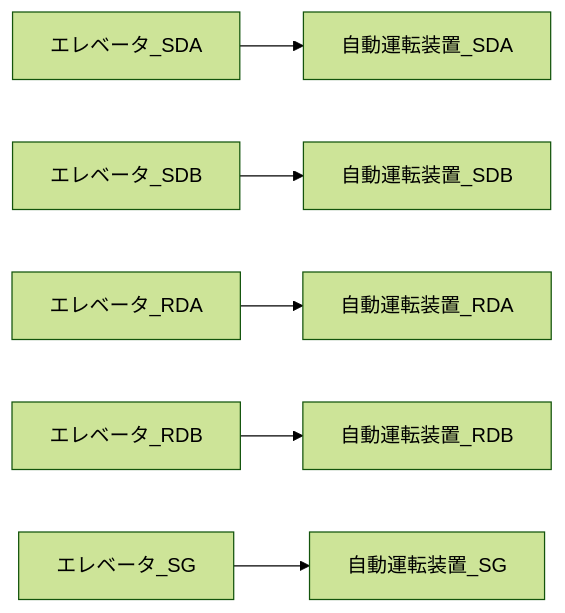
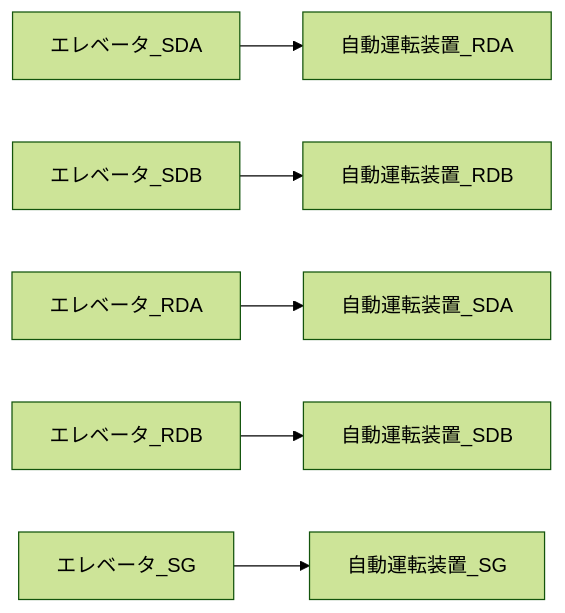
One commit to isec-promotion/elevator-simulator changed the third of 6 diagrams in SEC-3000H構成資料.md. Above: the diagram before and after it, drawn with Mermaid (forest theme). The commit also changed 13 other files, not shown here.

````diff
--- a/SEC-3000H構成資料.md
+++ b/SEC-3000H構成資料.md
@@ -81,8 +81,8 @@
 ```mermaid
 graph LR
-  エレベータ_SDA --> 自動運転装置_SDA
-  エレベータ_SDB --> 自動運転装置_SDB
-  エレベータ_RDA --> 自動運転装置_RDA
-  エレベータ_RDB --> 自動運転装置_RDB
+  エレベータ_SDA --> 自動運転装置_RDA
+  エレベータ_SDB --> 自動運転装置_RDB
+  エレベータ_RDA --> 自動運転装置_SDA
+  エレベータ_RDB --> 自動運転装置_SDB
   エレベータ_SG  --> 自動運転装置_SG
 ```
````
